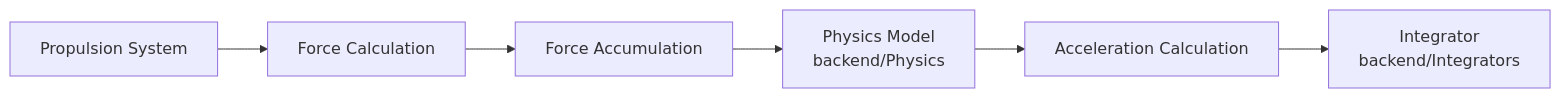
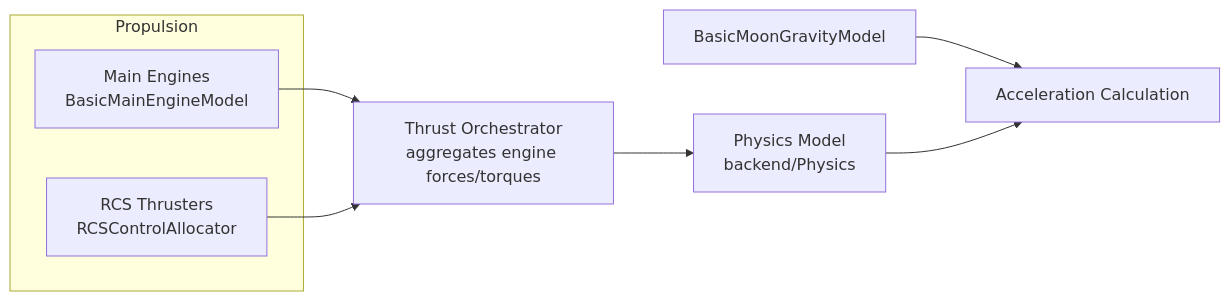
Before and after one commit to gerd-lrt-dev/moonlander: the second of 5 diagrams in docs/data-flow-diagrams.md, drawn with Mermaid. The commit also changed other lines of this file, not shown here.

First line of the commit message:
docs(data-flow): align diagrams with current main architecture

````diff
--- a/docs/data-flow-diagrams.md
+++ b/docs/data-flow-diagrams.md
@@ -60,15 +112,18 @@
 ```mermaid
 flowchart LR
-    PS[Propulsion System]
-    FC[Force Calculation]
-    FA[Force Accumulation]
-    PHY[Physics Model<br/>backend/Physics]
+    subgraph Propulsion
+        ME[Main Engines<br/>BasicMainEngineModel]
+        RCS[RCS Thrusters<br/>RCSControlAllocator]
+    end
+
+    TH[Thrust Orchestrator<br/>aggregates engine forces/torques]
+    GM[BasicMoonGravityModel]
+    PM[Physics Model<br/>backend/Physics]
     AC[Acceleration Calculation]
-    INT[Integrator<br/>backend/Integrators]
 
-    PS --> FC
-    FC --> FA
-    FA --> PHY
-    PHY --> AC
-    AC --> INT
+    ME --> TH
+    RCS --> TH
+    TH --> PM
+    GM --> AC
+    PM --> AC
 ```
````
